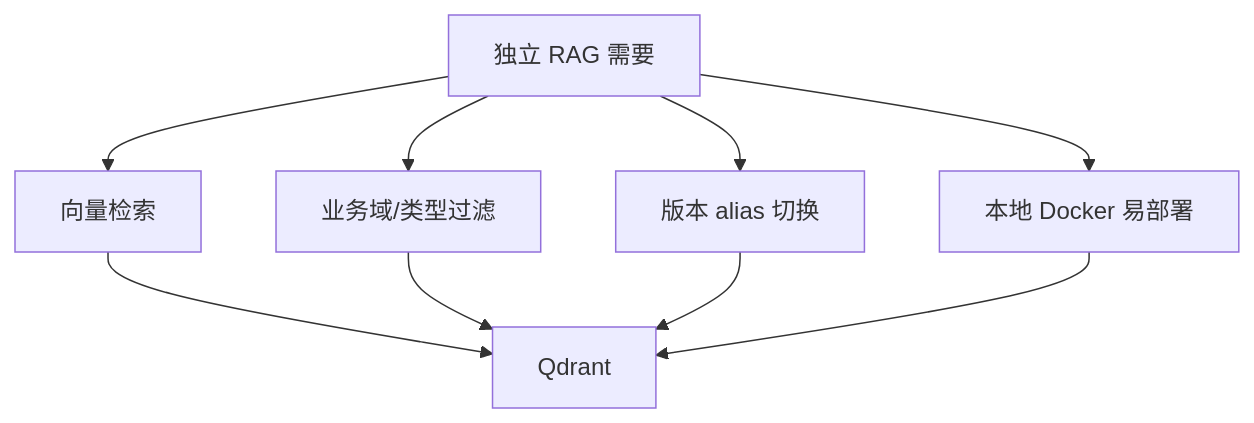
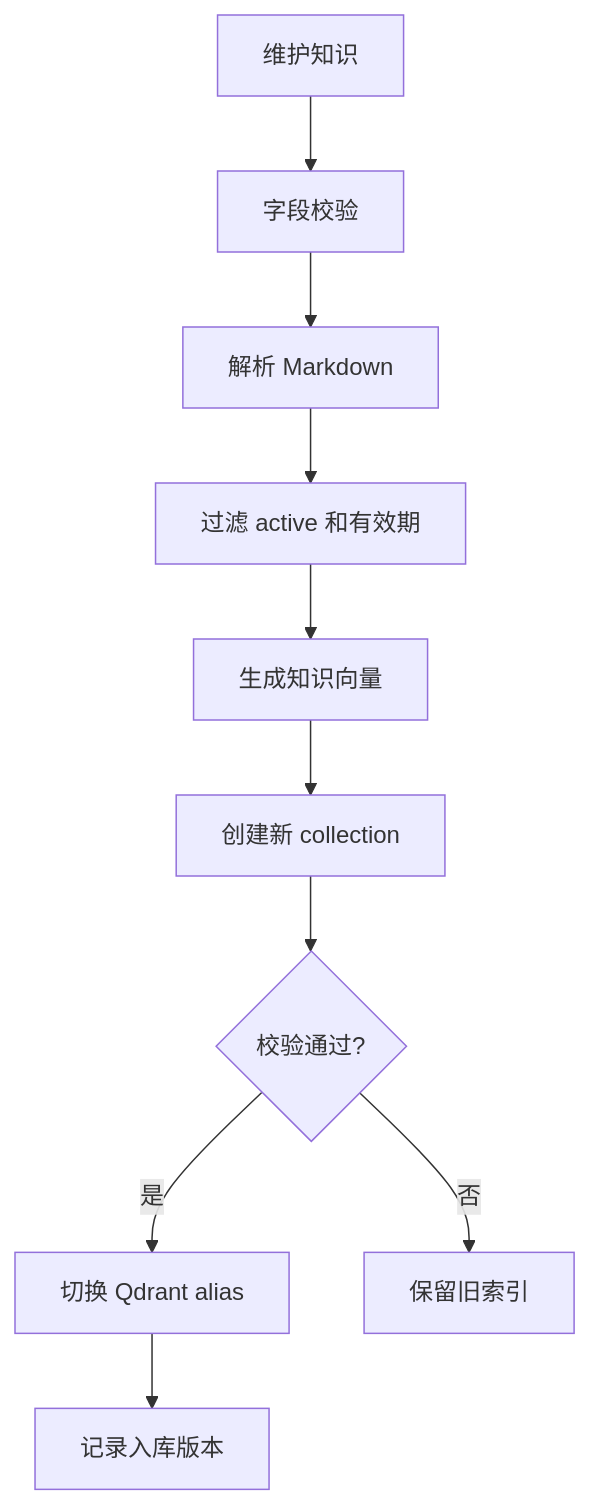
Before and after one commit to YYHRICH/dalizai-knowledge-rag-service: the sixth of 25 diagrams in docs/rag_service_design_report_v1.0.md, drawn with Mermaid. The commit also changed other lines of this file, not shown here.

Commit message:
Refocus RAG design on knowledge governance

````diff
--- a/docs/rag_service_design_report_v1.0.md
+++ b/docs/rag_service_design_report_v1.0.md
@@ -206,12 +149,12 @@
 ```mermaid
 flowchart TB
-    Need[独立 RAG 需要] --> V[向量检索]
-    Need --> F[业务域/类型过滤]
-    Need --> A[版本 alias 切换]
-    Need --> D[本地 Docker 易部署]
-
-    V --> Q[Qdrant]
-    F --> Q
-    A --> Q
-    D --> Q
+    Edit[维护知识] --> Validate[字段校验]
+    Validate --> Parse[解析 Markdown]
+    Parse --> Active[过滤 active 和有效期]
+    Active --> Embed[生成知识向量]
+    Embed --> NewCollection[创建新 collection]
+    NewCollection --> Switch{校验通过?}
+    Switch -- 是 --> Alias[切换 Qdrant alias]
+    Switch -- 否 --> Keep[保留旧索引]
+    Alias --> Record[记录入库版本]
 ```
````
